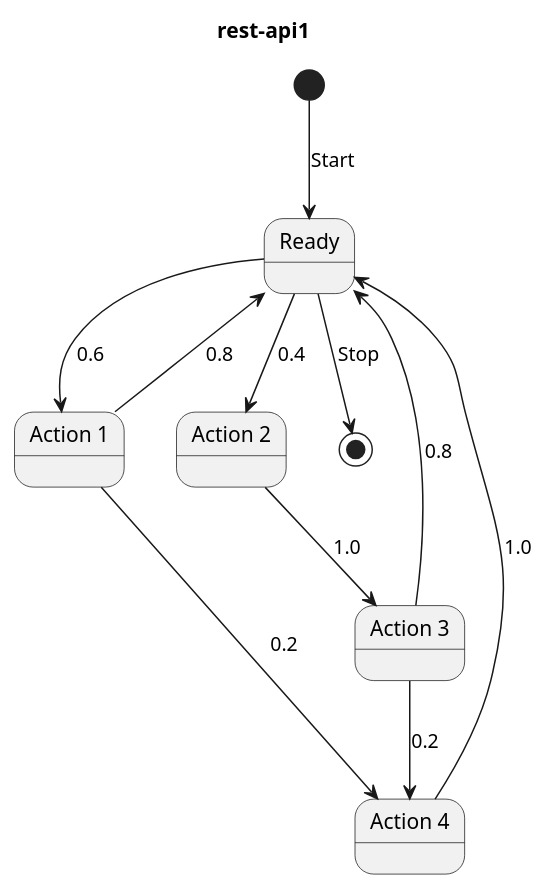
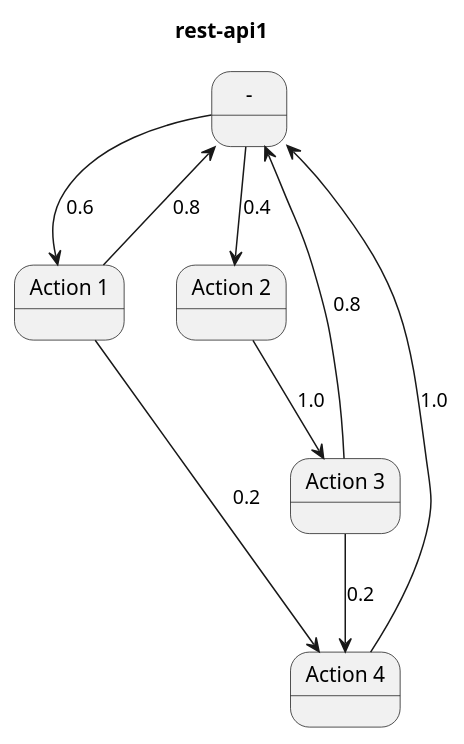
Before and after one commit to wfouche/Tulip: the second of 4 diagrams in doc/presentation/presentation.adoc, drawn with PlantUML. The commit also changed other lines of this file and 1 other file, not shown here.

```diff
--- a/doc/presentation/presentation.adoc
+++ b/doc/presentation/presentation.adoc
@@ -295,25 +293,23 @@
-[plantuml,diag03,svg]
+[plantuml,diag02,svg]
 ....
 @startuml
 
 title rest-api1
 
-    state "Ready" as IP
+    state "-" as IP
     state "Action 1" as A0
     state "Action 2" as A1
     state "Action 3" as TST
     state "Action 4" as D
-    
-    [*] --> IP: Start
+
     IP --> A0: 0.6
     A0 --> IP: 0.8
     A0 --> D: 0.2
     IP --> A1: 0.4
     A1 --> TST: 1.0
     TST --> IP: 0.8
     TST --> D: 0.2
     D --> IP: 1.0
-    IP --> [*]: Stop
 
 @enduml
 ....
```
